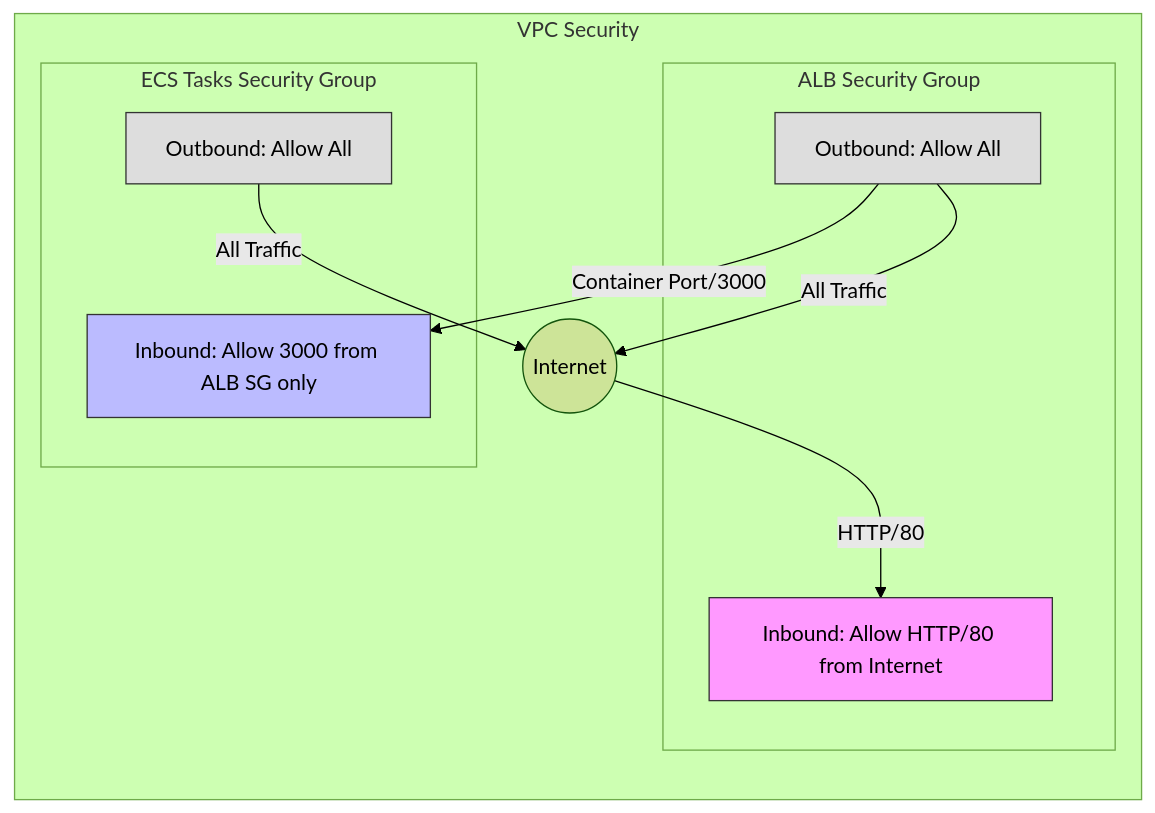
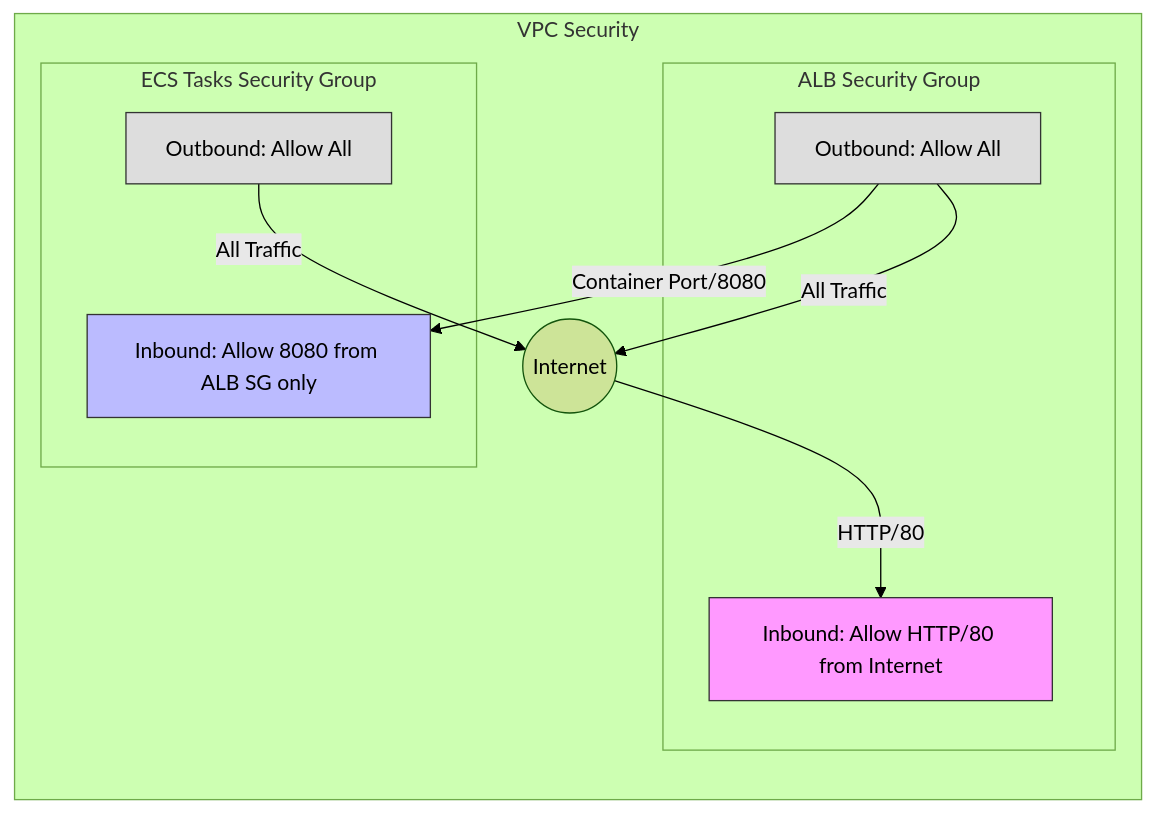
One commit to vvvesss/aws-ecs-asg-alb changed the third of 4 diagrams in README.md. Above: the diagram before and after it, drawn with Mermaid (forest theme). The commit also changed other lines of this file, not shown here.

Commit message:
fixing mermaid diagram

````diff
--- a/README.md
+++ b/README.md
@@ -103,28 +103,28 @@
 ```mermaid
 flowchart LR
     subgraph "VPC Security"
         direction TB
         
         subgraph "ALB Security Group"
             ALB_IN[Inbound: Allow HTTP/80 from Internet]
             ALB_OUT[Outbound: Allow All]
         end
         
         subgraph "ECS Tasks Security Group"
-            ECS_IN[Inbound: Allow 3000 from ALB SG only]
+            ECS_IN[Inbound: Allow 8080 from ALB SG only]
             ECS_OUT[Outbound: Allow All]
         end
         
         Internet((Internet))
         Internet -->|HTTP/80| ALB_IN
         ALB_OUT -->|All Traffic| Internet
         
-        ALB_OUT -->|Container Port/3000| ECS_IN
+        ALB_OUT -->|Container Port/8080| ECS_IN
         ECS_OUT -->|All Traffic| Internet
     end
     
     style ALB_IN fill:#f9f,stroke:#333,stroke-width:1px
     style ECS_IN fill:#bbf,stroke:#333,stroke-width:1px
     style ALB_OUT fill:#ddd,stroke:#333,stroke-width:1px
     style ECS_OUT fill:#ddd,stroke:#333,stroke-width:1px
 ```
````
